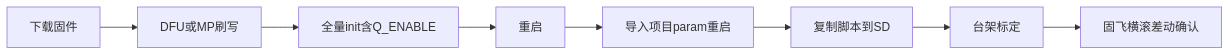
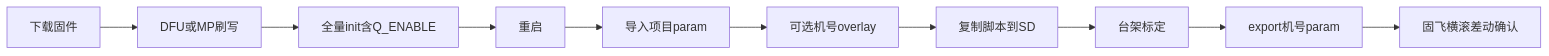
One commit to witon/TiltrotorAircraft changed the diagram in docs/ardupilot-setup.md. Above: the diagram before and after it, drawn with Mermaid. The commit also changed other lines of this file and 4 other files, not shown here.

````diff
--- a/docs/ardupilot-setup.md
+++ b/docs/ardupilot-setup.md
@@ -211,12 +233,14 @@
 ```mermaid
 flowchart LR
   download[下载固件]
   flash[DFU或MP刷写]
   init[全量init含Q_ENABLE]
   reboot1[重启]
-  param[导入项目param重启]
+  param[导入项目param]
+  ac[可选机号overlay]
   lua[复制脚本到SD]
   calib[台架标定]
+  export[export机号param]
   stick[固飞横滚差动确认]
-  download --> flash --> init --> reboot1 --> param --> lua --> calib --> stick
+  download --> flash --> init --> reboot1 --> param --> ac --> lua --> calib --> export --> stick
 ```
````
